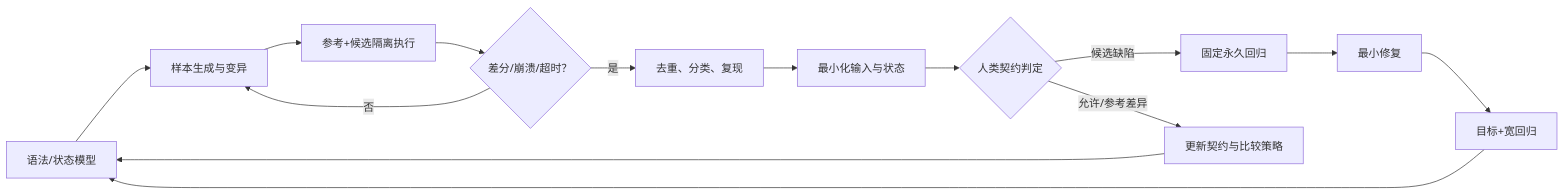
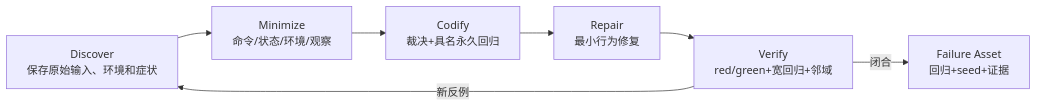
The diagram in book/src/part3/ch10-fuzz-regression.md (ZhangHanDong/coreutils), drawn with Mermaid before and after one commit. The commit also changed other lines of this file, not shown here.

````diff
--- a/book/src/part3/ch10-fuzz-regression.md
+++ b/book/src/part3/ch10-fuzz-regression.md
@@ -15,16 +37,9 @@
 ```mermaid
 flowchart LR
-    M["语法/状态模型"] --> G["样本生成与变异"]
-    G --> E["参考+候选隔离执行"]
-    E --> C{"差分/崩溃/超时？"}
-    C -->|"否"| G
-    C -->|"是"| D["去重、分类、复现"]
-    D --> Z["最小化输入与状态"]
-    Z --> H{"人类契约判定"}
-    H -->|"候选缺陷"| R["固定永久回归"]
-    H -->|"允许/参考差异"| P["更新契约与比较策略"]
-    R --> F["最小修复"]
-    F --> K["目标+宽回归"]
-    K --> M
-    P --> M
+    D["Discover<br/>保存原始输入、环境和症状"] --> M["Minimize<br/>命令/状态/环境/观察"]
+    M --> C["Codify<br/>裁决+具名永久回归"]
+    C --> R["Repair<br/>最小行为修复"]
+    R --> V["Verify<br/>red/green+宽回归+邻域"]
+    V -->|新反例| D
+    V -->|闭合| A["Failure Asset<br/>回归+seed+证据"]
 ```
````
